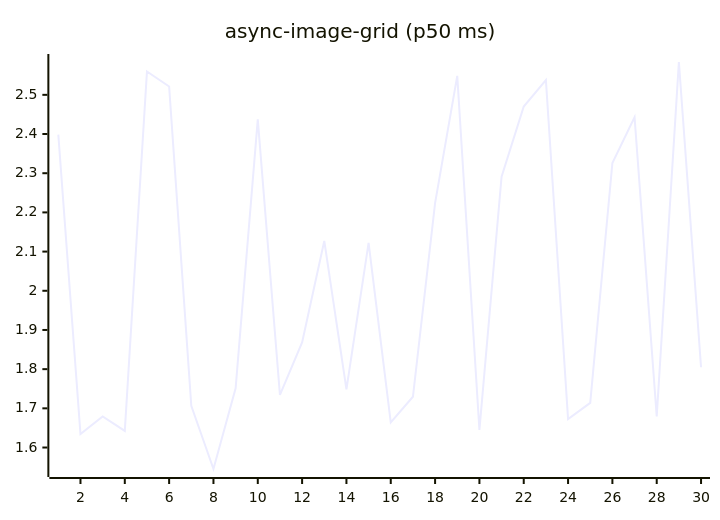
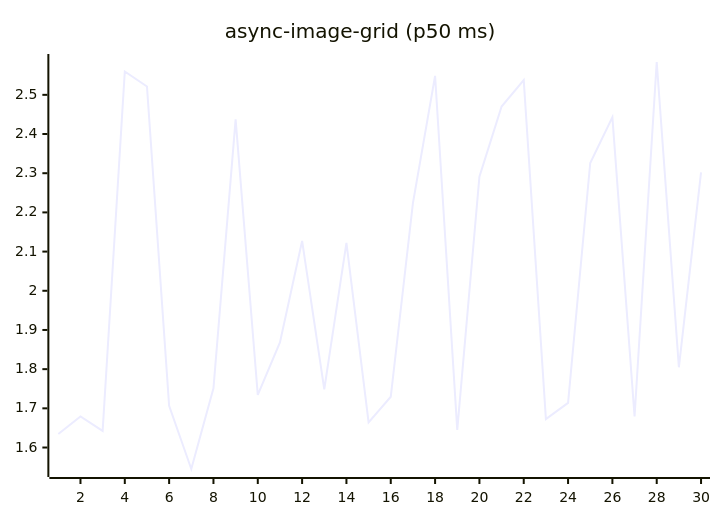
Before and after one commit to josha/Facet: the fifth of 27 diagrams in README.md, drawn with Mermaid. The commit also changed other lines of this file and 2 other files, not shown here.

````diff
--- a/README.md
+++ b/README.md
@@ -91,6 +91,6 @@
 ```mermaid
 xychart-beta
     title "async-image-grid (p50 ms)"
     x-axis 1 --> 30
-    line [2.3985, 1.6346, 1.6792, 1.6424, 2.5597, 2.5214, 1.7066, 1.5452, 1.7512, 2.4372, 1.7341, 1.8684, 2.1272, 1.7487, 2.1221, 1.6642, 1.7295, 2.2238, 2.5483, 1.6449, 2.2910, 2.4702, 2.5376, 1.6727, 1.7140, 2.3260, 2.4429, 1.6792, 2.5838, 1.8048]
+    line [1.6346, 1.6792, 1.6424, 2.5597, 2.5214, 1.7066, 1.5452, 1.7512, 2.4372, 1.7341, 1.8684, 2.1272, 1.7487, 2.1221, 1.6642, 1.7295, 2.2238, 2.5483, 1.6449, 2.2910, 2.4702, 2.5376, 1.6727, 1.7140, 2.3260, 2.4429, 1.6792, 2.5838, 1.8048, 2.3022]
 ```
````
